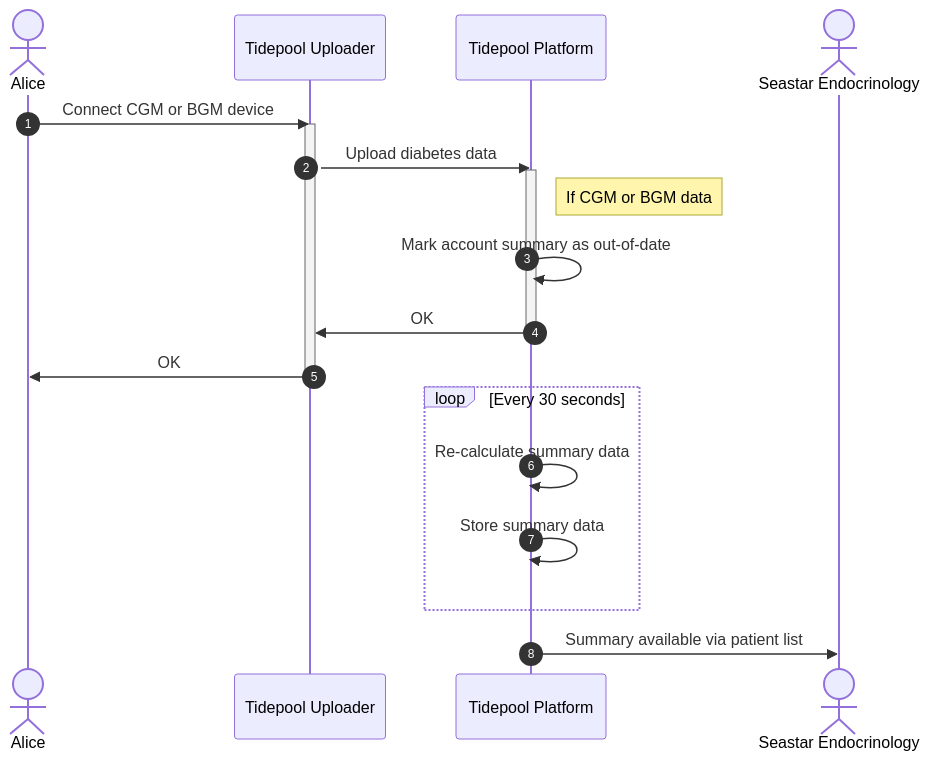
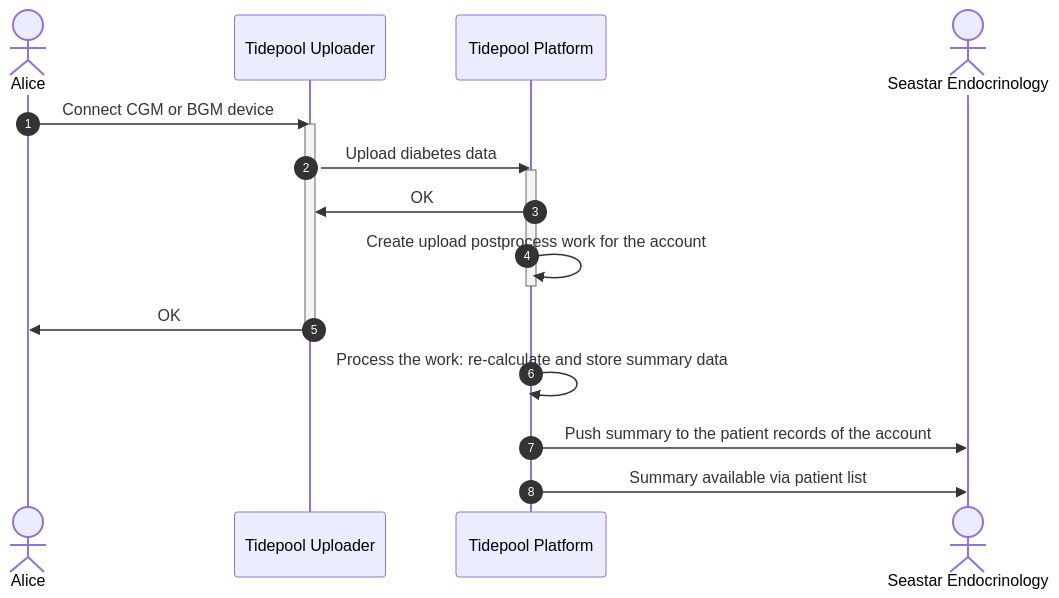
One commit to tidepool-org/TidepoolApi changed the first of 3 diagrams in docs/summary-data.md. Above: the diagram before and after it, drawn with Mermaid. The commit also changed other lines of this file and 11 other files, not shown here.

Commit message:
Document the upload postprocess work that replaces marking summaries outdated, the work API, and the conditional patient summary update

````diff
--- a/docs/summary-data.md
+++ b/docs/summary-data.md
@@ -13,26 +13,23 @@
 ```mermaid
 sequenceDiagram
    autonumber
    actor PWD as Alice
    participant Uploader as Tidepool Uploader
    participant Platform as Tidepool Platform
    link Platform: https://api.tidepool.org @ https://api.tidepool.org
    actor Clinic as Seastar Endocrinology
 
    PWD->>Uploader: Connect CGM or BGM device
    activate Uploader
    Uploader->>Platform: Upload diabetes data
    activate Platform
-   note right of Platform: If CGM or BGM data
-   Platform->>Platform: Mark account summary as out-of-date
    Platform->>Uploader: OK
+   Platform->>Platform: Create upload postprocess work for the account
    deactivate Platform
    Uploader->>PWD: OK
    deactivate Uploader
 
-   loop Every 30 seconds
-      Platform->>Platform: Re-calculate summary data
-      Platform->>Platform: Store summary data
-   end
+   Platform->>Platform: Process the work: re-calculate and store summary data
+   Platform->>Clinic: Push summary to the patient records of the account
    Platform->>Clinic: Summary available via patient list
 ```
````
